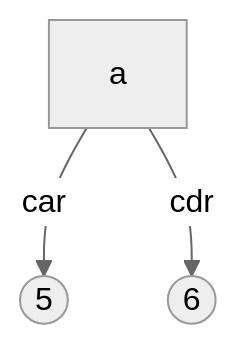
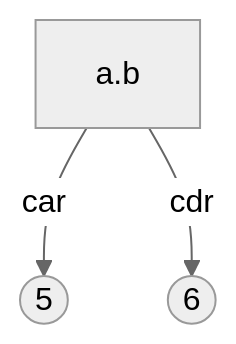
One commit to atlisp-org/atlisp-docs changed the diagram in Lisp入门/1-lisp.org. Above: the diagram before and after it, drawn with Mermaid (neutral theme).

```diff
--- a/Lisp入门/1-lisp.org
+++ b/Lisp入门/1-lisp.org
@@ -100,5 +100,5 @@
 #+begin_src mermaid
   graph TD;   
-  A[a]-->|car|B((5));
+  A[ a.b ]-->|car|B((5));
   A-->|cdr|C((6)); 
 #+end_src
```
